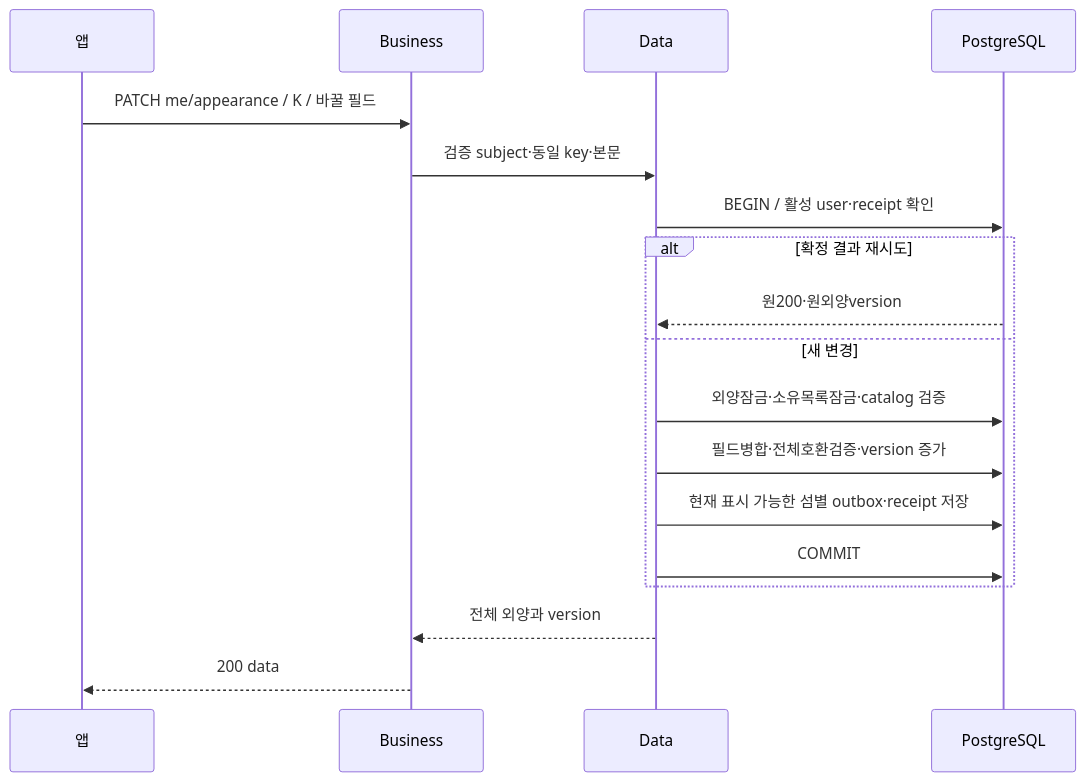
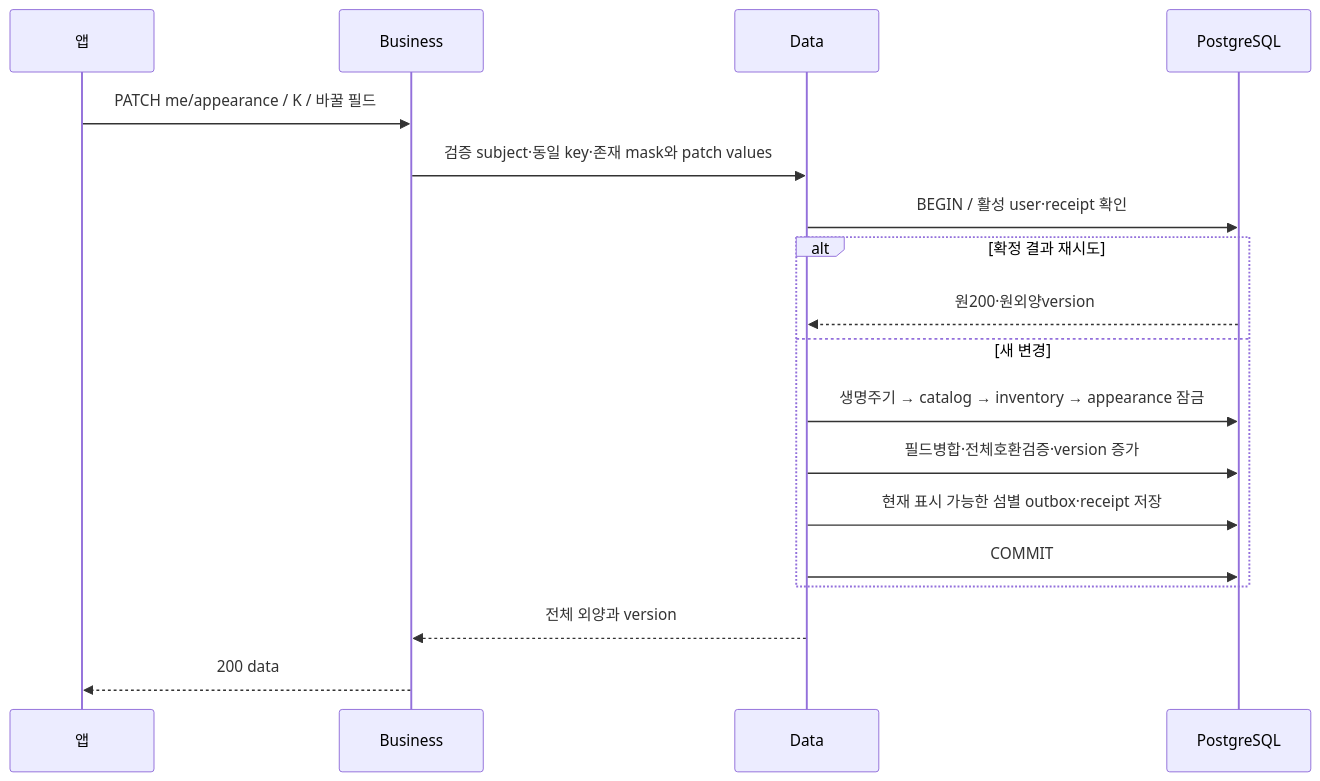
The second of 2 diagrams in docs/prd/island-appearance/high-level-design.md (OneOrThree/phone), drawn with Mermaid before and after one commit. The commit also changed other lines of this file and 5 other files, not shown here.

````diff
--- a/docs/prd/island-appearance/high-level-design.md
+++ b/docs/prd/island-appearance/high-level-design.md
@@ -23,20 +23,20 @@
 ```mermaid
 sequenceDiagram
   participant A as 앱
   participant B as Business
   participant D as Data
   participant P as PostgreSQL
   A->>B: PATCH me/appearance / K / 바꿀 필드
-  B->>D: 검증 subject·동일 key·본문
+  B->>D: 검증 subject·동일 key·존재 mask와 patch values
   D->>P: BEGIN / 활성 user·receipt 확인
   alt 확정 결과 재시도
     P-->>D: 원200·원외양version
   else 새 변경
-    D->>P: 외양잠금·소유목록잠금·catalog 검증
+    D->>P: 생명주기 → catalog → inventory → appearance 잠금
     D->>P: 필드병합·전체호환검증·version 증가
     D->>P: 현재 표시 가능한 섬별 outbox·receipt 저장
     D->>P: COMMIT
   end
   D-->>B: 전체 외양과 version
   B-->>A: 200 data
 ```
````
